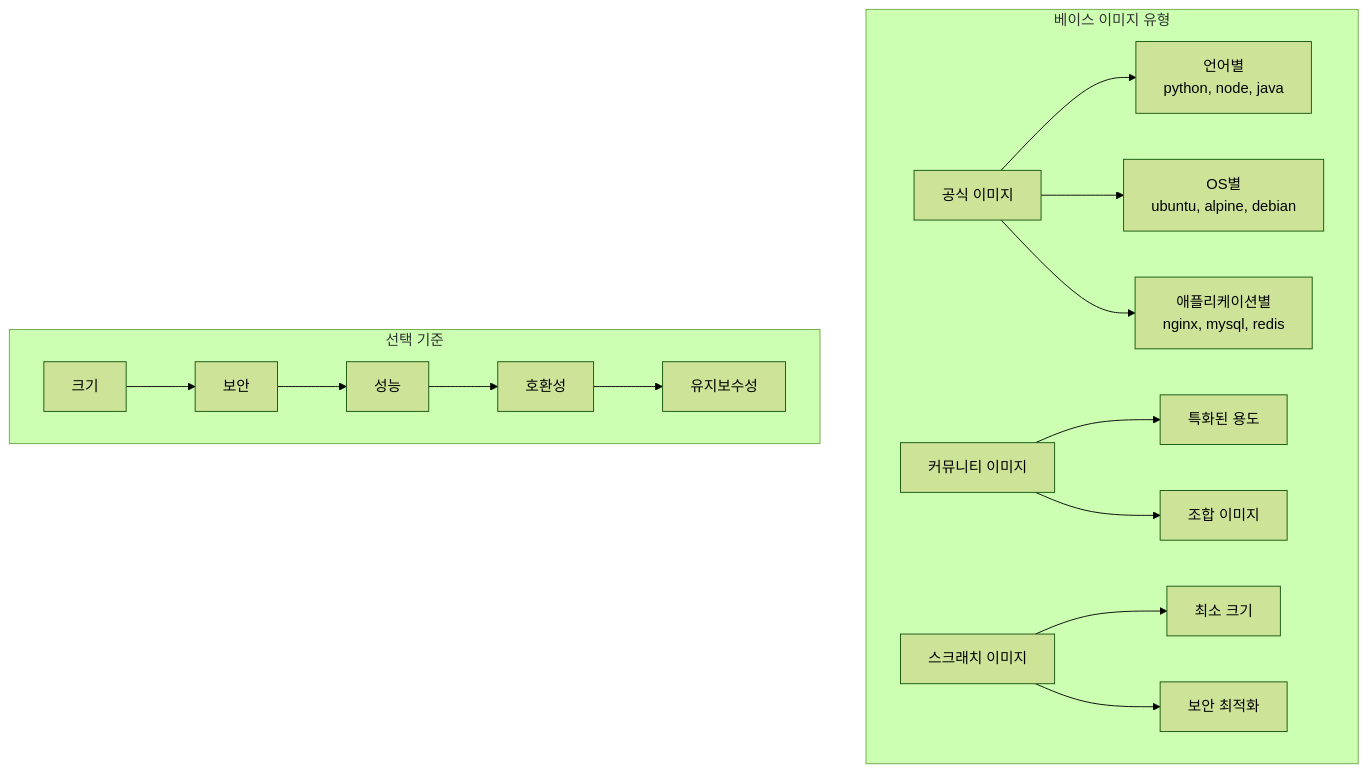
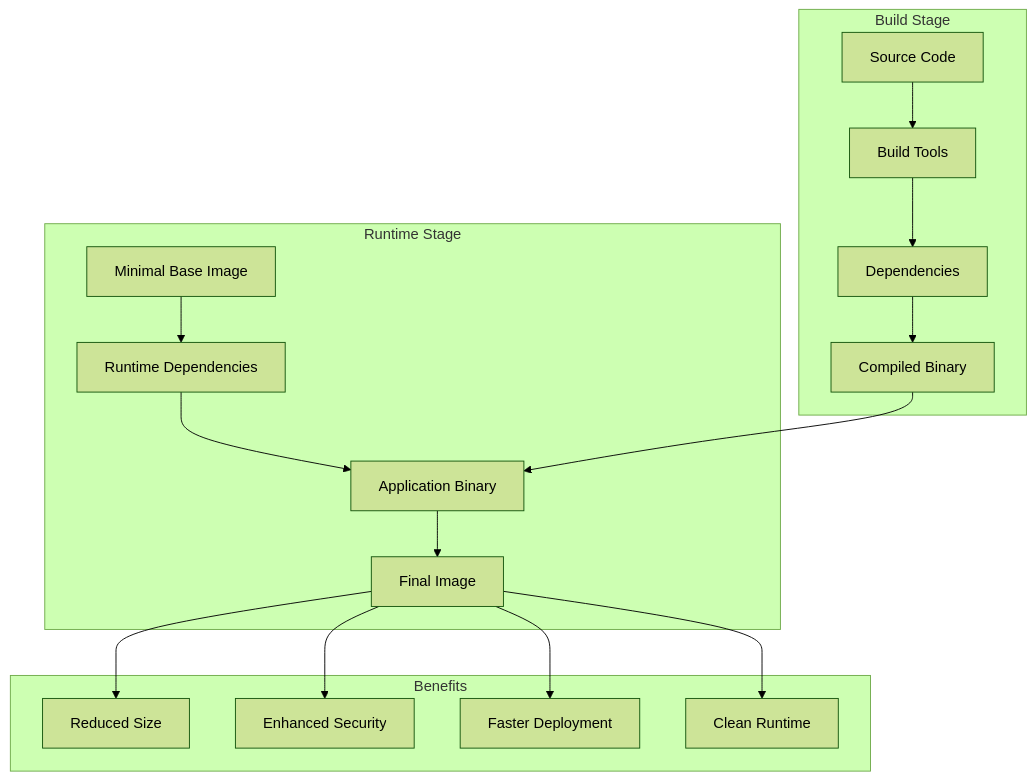
The first of 2 diagrams in week_02/day_02/session_02.md (niceguy61/kdt_devops_lecture_2025), drawn with Mermaid (forest theme) before and after one commit. The commit also changed other lines of this file and 41 other files, not shown here.

````diff
--- a/week_02/day_02/session_02.md
+++ b/week_02/day_02/session_02.md
@@ -15,21 +15,28 @@
 ```mermaid
 graph TB
-    subgraph "베이스 이미지 유형"
-        A[공식 이미지] --> B[언어별<br/>python, node, java]
-        A --> C[OS별<br/>ubuntu, alpine, debian]
-        A --> D[애플리케이션별<br/>nginx, mysql, redis]
-        
-        E[커뮤니티 이미지] --> F[특화된 용도]
-        E --> G[조합 이미지]
-        
-        H[스크래치 이미지] --> I[최소 크기]
-        H --> J[보안 최적화]
+    subgraph "Build Stage"
+        A[Source Code] --> B[Build Tools]
+        B --> C[Dependencies]
+        C --> D[Compiled Binary]
     end
     
-    subgraph "선택 기준"
-        K[크기] --> L[보안]
-        L --> M[성능]
-        M --> N[호환성]
-        N --> O[유지보수성]
+    subgraph "Runtime Stage"
+        E[Minimal Base Image] --> F[Runtime Dependencies]
+        F --> G[Application Binary]
+        G --> H[Final Image]
     end
+    
+    D --> G
+    
+    subgraph "Benefits"
+        I[Reduced Size]
+        J[Enhanced Security]
+        K[Faster Deployment]
+        L[Clean Runtime]
+    end
+    
+    H --> I
+    H --> J
+    H --> K
+    H --> L
 ```
````
